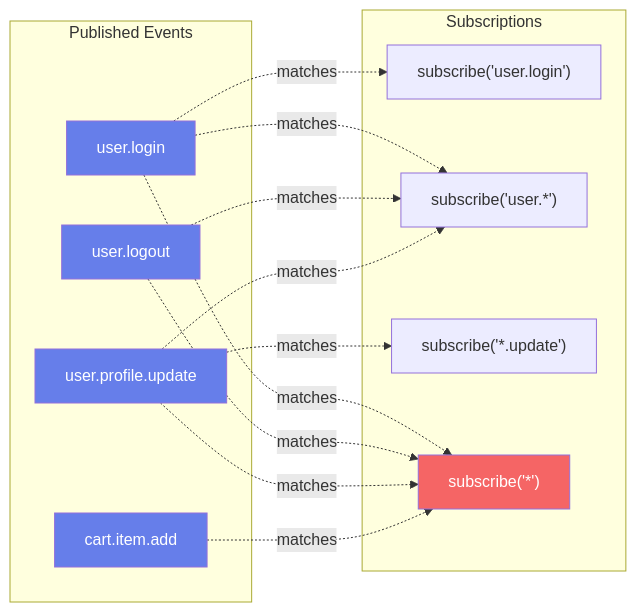
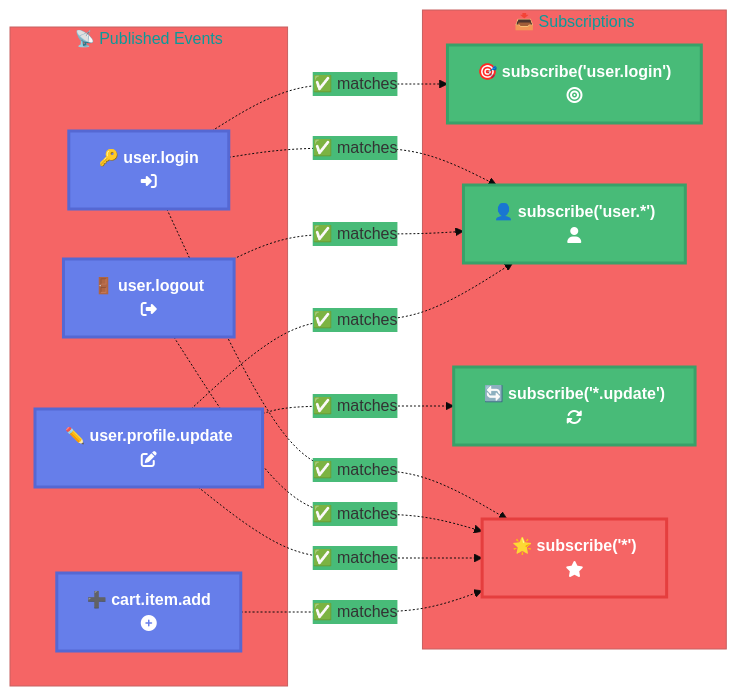
One commit to larcjs/larc changed the fourth of 10 diagrams in docs/books/learning-larc/diagrams/05-pan-bus.md. Above: the diagram before and after it, drawn with Mermaid. The commit also changed other lines of this file and 12 other files, not shown here.

First line of the commit message:
docs: expand Learning LARC chapters 11-19 into individual files and enhance diagrams

````diff
--- a/docs/books/learning-larc/diagrams/05-pan-bus.md
+++ b/docs/books/learning-larc/diagrams/05-pan-bus.md
@@ -120,35 +133,38 @@
 ```mermaid
+%%{init: {'theme':'base', 'themeVariables': { 'primaryColor':'#667eea','secondaryColor':'#48bb78','tertiaryColor':'#f56565'}}}%%
 graph LR
-    subgraph "Published Events"
-        E1[user.login]
-        E2[user.logout]
-        E3[user.profile.update]
-        E4[cart.item.add]
+    subgraph Events["📡 Published Events"]
+        E1["🔑 user.login<br/>fa:fa-sign-in-alt"]
+        E2["🚪 user.logout<br/>fa:fa-sign-out-alt"]
+        E3["✏️ user.profile.update<br/>fa:fa-edit"]
+        E4["➕ cart.item.add<br/>fa:fa-plus-circle"]
     end
 
-    subgraph "Subscriptions"
-        S1["subscribe('user.login')"]
-        S2["subscribe('user.*')"]
-        S3["subscribe('*.update')"]
-        S4["subscribe('*')"]
+    subgraph Subs["📥 Subscriptions"]
+        S1["🎯 subscribe('user.login')<br/>fa:fa-bullseye"]
+        S2["👤 subscribe('user.*')<br/>fa:fa-user"]
+        S3["🔄 subscribe('*.update')<br/>fa:fa-sync-alt"]
+        S4["🌟 subscribe('*')<br/>fa:fa-star"]
     end
 
-    E1 -.matches.-> S1
-    E1 -.matches.-> S2
-    E1 -.matches.-> S4
+    E1 -.✅ matches.-> S1
+    E1 -.✅ matches.-> S2
+    E1 -.✅ matches.-> S4
 
-    E2 -.matches.-> S2
-    E2 -.matches.-> S4
+    E2 -.✅ matches.-> S2
+    E2 -.✅ matches.-> S4
 
-    E3 -.matches.-> S2
-    E3 -.matches.-> S3
-    E3 -.matches.-> S4
+    E3 -.✅ matches.-> S2
+    E3 -.✅ matches.-> S3
+    E3 -.✅ matches.-> S4
 
-    E4 -.matches.-> S4
+    E4 -.✅ matches.-> S4
 
-    style E1 fill:#667eea,color:#fff
-    style E2 fill:#667eea,color:#fff
-    style E3 fill:#667eea,color:#fff
-    style E4 fill:#667eea,color:#fff
-    style S4 fill:#f56565,color:#fff
+    classDef event fill:#667eea,stroke:#5568d3,stroke-width:3px,color:#fff,font-weight:bold
+    classDef specific fill:#48bb78,stroke:#38a169,stroke-width:3px,color:#fff,font-weight:bold
+    classDef catchall fill:#f56565,stroke:#e53e3e,stroke-width:3px,color:#fff,font-weight:bold
+
+    class E1,E2,E3,E4 event
+    class S1,S2,S3 specific
+    class S4 catchall
 ```
````
